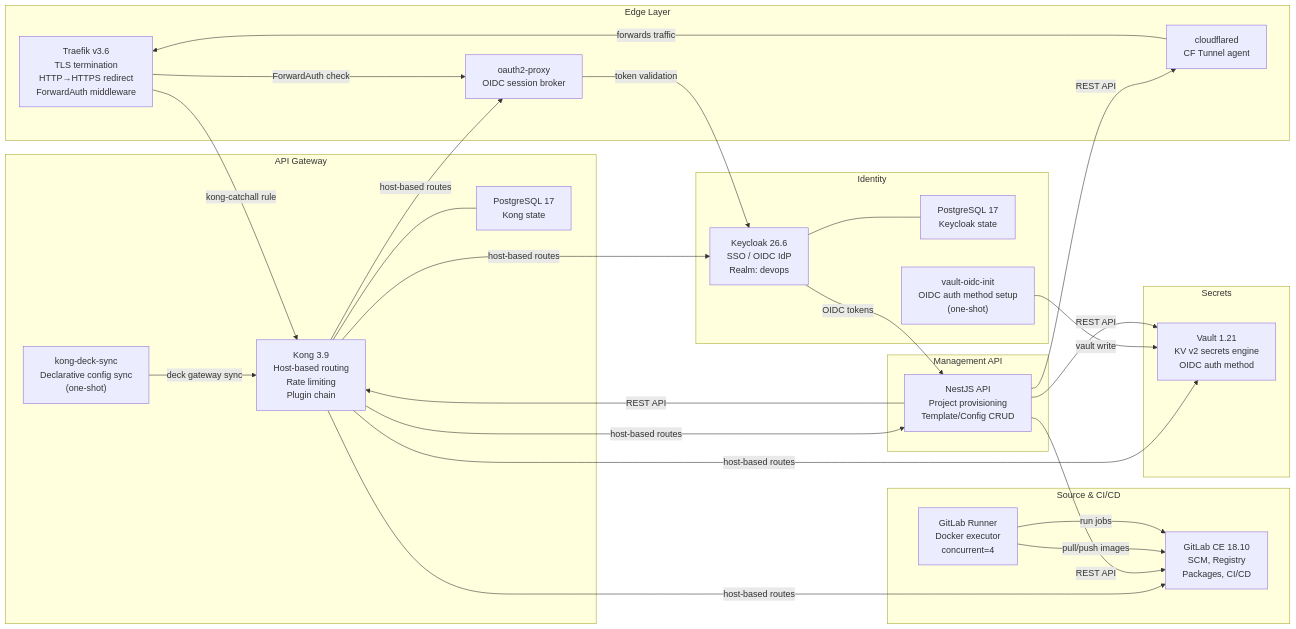
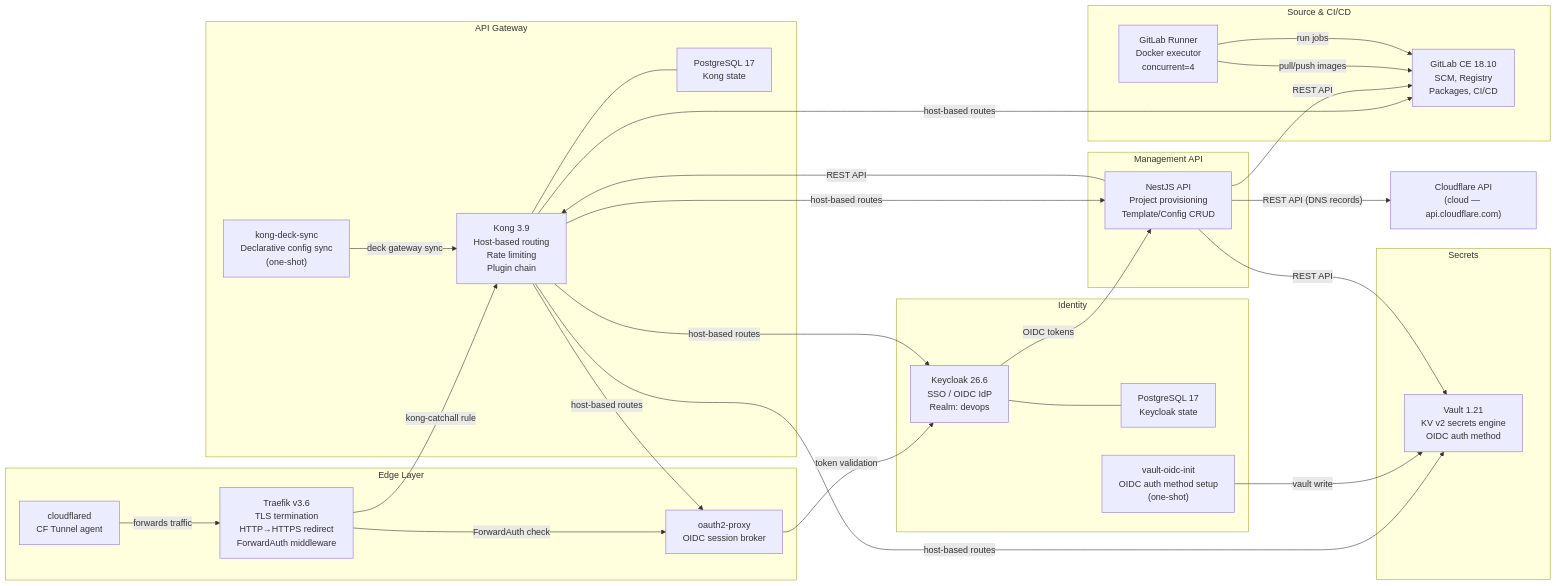
One commit to astarx-studio/devsecops-platform changed the second of 4 diagrams in __DOCS__/99_maintainers/01_architecture.md. Above: the diagram before and after it, drawn with Mermaid. The commit also changed other lines of this file and 15 other files, not shown here.

````diff
--- a/__DOCS__/99_maintainers/01_architecture.md
+++ b/__DOCS__/99_maintainers/01_architecture.md
@@ -33,54 +35,56 @@
 ```mermaid
 graph LR
     subgraph edge ["Edge Layer"]
         traefik["Traefik v3.6\nTLS termination\nHTTP→HTTPS redirect\nForwardAuth middleware"]
         cloudflared["cloudflared\nCF Tunnel agent"]
         oauth2proxy["oauth2-proxy\nOIDC session broker"]
     end
 
     subgraph gateway ["API Gateway"]
         kong["Kong 3.9\nHost-based routing\nRate limiting\nPlugin chain"]
         kongdb["PostgreSQL 17\nKong state"]
         deckSync["kong-deck-sync\nDeclarative config sync\n(one-shot)"]
     end
 
     subgraph identity ["Identity"]
         keycloak["Keycloak 26.6\nSSO / OIDC IdP\nRealm: devops"]
         keycloakdb["PostgreSQL 17\nKeycloak state"]
         vaultOidcInit["vault-oidc-init\nOIDC auth method setup\n(one-shot)"]
     end
 
     subgraph secrets ["Secrets"]
         vault["Vault 1.21\nKV v2 secrets engine\nOIDC auth method"]
     end
 
     subgraph scm ["Source & CI/CD"]
         gitlab["GitLab CE 18.10\nSCM, Registry\nPackages, CI/CD"]
         runner["GitLab Runner\nDocker executor\nconcurrent=4"]
     end
 
     subgraph api ["Management API"]
         mgmtapi["NestJS API\nProject provisioning\nTemplate/Config CRUD"]
     end
 
+    CFAPI["Cloudflare API\n(cloud — api.cloudflare.com)"]
+
     cloudflared -->|"forwards traffic"| traefik
     traefik -->|"kong-catchall rule"| kong
     traefik -->|"ForwardAuth check"| oauth2proxy
     oauth2proxy -->|"token validation"| keycloak
     kong -->|"host-based routes"| keycloak
     kong -->|"host-based routes"| vault
     kong -->|"host-based routes"| gitlab
     kong -->|"host-based routes"| mgmtapi
     kong -->|"host-based routes"| oauth2proxy
     kong --- kongdb
     keycloak --- keycloakdb
     deckSync -->|"deck gateway sync"| kong
     vaultOidcInit -->|"vault write"| vault
     keycloak -->|"OIDC tokens"| mgmtapi
     mgmtapi -->|"REST API"| gitlab
     mgmtapi -->|"REST API"| kong
     mgmtapi -->|"REST API"| vault
-    mgmtapi -->|"REST API"| cloudflared
+    mgmtapi -->|"REST API (DNS records)"| CFAPI
     runner -->|"pull/push images"| gitlab
     runner -->|"run jobs"| gitlab
 ```
````
